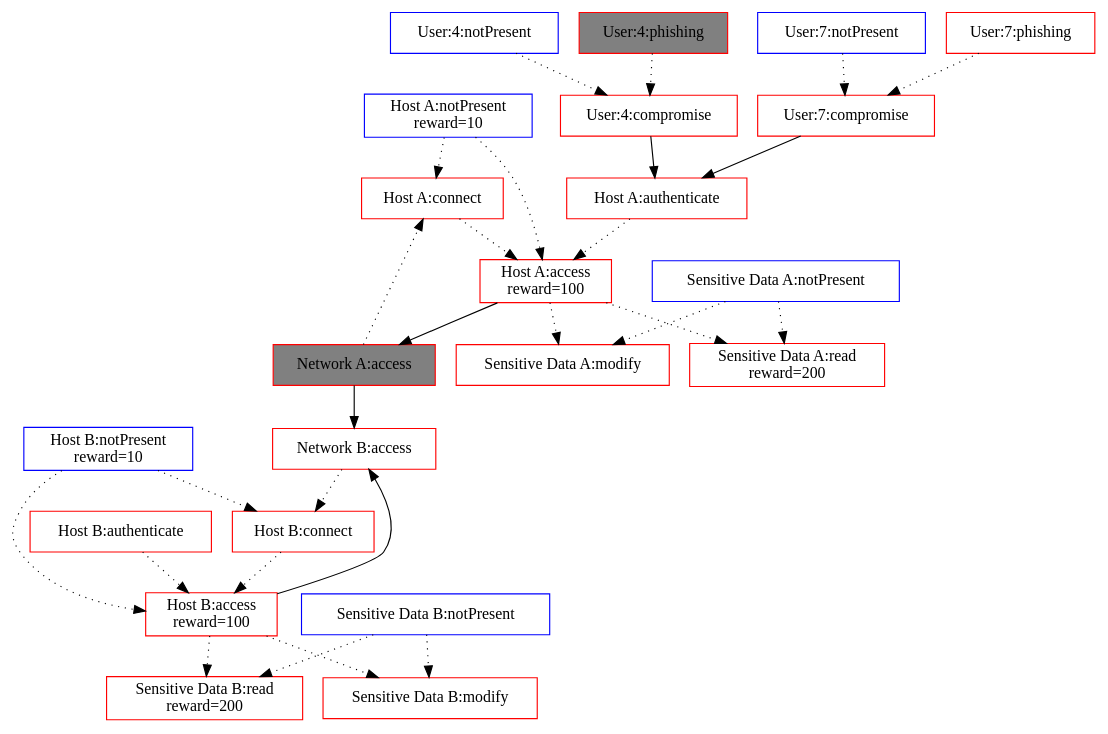
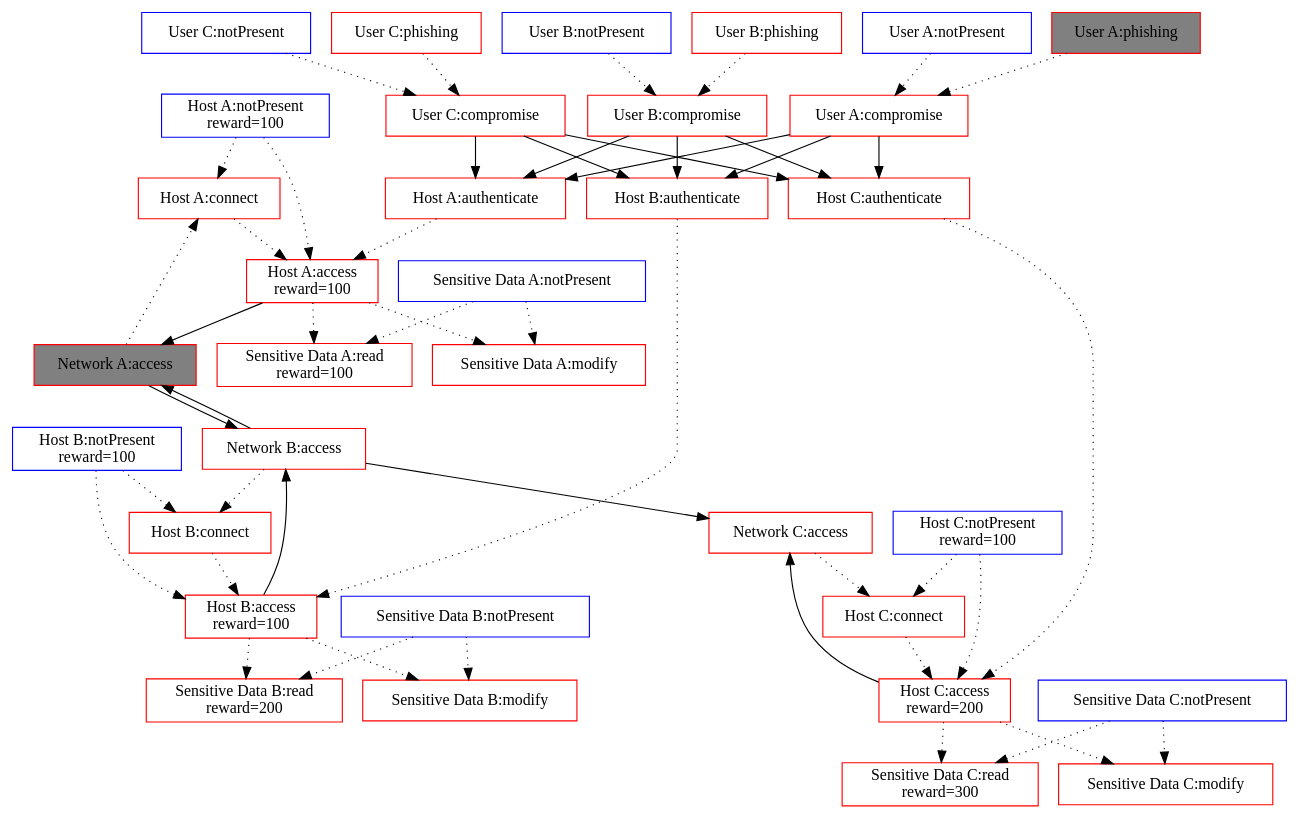
One commit to mal-lang/malsim-scenarios changed the diagram in scenarios/trainingLang/scenario-lateral-movement-three-networks/scenario.dot. Above: the diagram before and after it, drawn with Graphviz. The commit also changed 8 other files, not shown here.

```diff
--- a/scenarios/trainingLang/scenario-lateral-movement-three-networks/scenario.dot
+++ b/scenarios/trainingLang/scenario-lateral-movement-three-networks/scenario.dot
@@ -1,66 +1,62 @@
 digraph G {
-"Host A:notPresent" [label="Host A:notPresent
- reward=10", shape="box", color="blue", fillcolor="white", style="filled"]
-
-"Host A:authenticate" [label="Host A:authenticate", shape="box", color="red", fillcolor="white", style="filled"]
-"User:4:compromise" -> "Host A:authenticate" [style="solid"]
-"User:7:compromise" -> "Host A:authenticate" [style="solid"]
-"Host A:connect" [label="Host A:connect", shape="box", color="red", fillcolor="white", style="filled"]
-"Host A:notPresent" -> "Host A:connect" [style="dotted"]
+"Host A:notPresent" [label="Host A:notPresent\n reward=100", shape="box", color="blue", fillcolor="white", style="filled"]
+"Host A:authenticate" [label="Host A:authenticate", shape="box", color="red", fillcolor="white", style="filled"]"User A:compromise" -> "Host A:authenticate" [style="solid"]
+"User B:compromise" -> "Host A:authenticate" [style="solid"]
+"User C:compromise" -> "Host A:authenticate" [style="solid"]
+"Host A:connect" [label="Host A:connect", shape="box", color="red", fillcolor="white", style="filled"]"Host A:notPresent" -> "Host A:connect" [style="dotted"]
 "Network A:access" -> "Host A:connect" [style="dotted"]
-"Host A:access" [label="Host A:access
- reward=100", shape="box", color="red", fillcolor="white", style="filled"]
-"Host A:notPresent" -> "Host A:access" [style="dotted"]
+"Host A:access" [label="Host A:access\n reward=100", shape="box", color="red", fillcolor="white", style="filled"]"Host A:notPresent" -> "Host A:access" [style="dotted"]
 "Host A:authenticate" -> "Host A:access" [style="dotted"]
 "Host A:connect" -> "Host A:access" [style="dotted"]
-"Host B:notPresent" [label="Host B:notPresent
- reward=10", shape="box", color="blue", fillcolor="white", style="filled"]
-
-"Host B:authenticate" [label="Host B:authenticate", shape="box", color="red", fillcolor="white", style="filled"]
-
-"Host B:connect" [label="Host B:connect", shape="box", color="red", fillcolor="white", style="filled"]
-"Host B:notPresent" -> "Host B:connect" [style="dotted"]
+"Host B:notPresent" [label="Host B:notPresent\n reward=100", shape="box", color="blue", fillcolor="white", style="filled"]
+"Host B:authenticate" [label="Host B:authenticate", shape="box", color="red", fillcolor="white", style="filled"]"User A:compromise" -> "Host B:authenticate" [style="solid"]
+"User B:compromise" -> "Host B:authenticate" [style="solid"]
+"User C:compromise" -> "Host B:authenticate" [style="solid"]
+"Host B:connect" [label="Host B:connect", shape="box", color="red", fillcolor="white", style="filled"]"Host B:notPresent" -> "Host B:connect" [style="dotted"]
 "Network B:access" -> "Host B:connect" [style="dotted"]
-"Host B:access" [label="Host B:access
- reward=100", shape="box", color="red", fillcolor="white", style="filled"]
-"Host B:notPresent" -> "Host B:access" [style="dotted"]
+"Host B:access" [label="Host B:access\n reward=100", shape="box", color="red", fillcolor="white", style="filled"]"Host B:notPresent" -> "Host B:access" [style="dotted"]
 "Host B:authenticate" -> "Host B:access" [style="dotted"]
 "Host B:connect" -> "Host B:access" [style="dotted"]
+"Host C:notPresent" [label="Host C:notPresent\n reward=100", shape="box", color="blue", fillcolor="white", style="filled"]
+"Host C:authenticate" [label="Host C:authenticate", shape="box", color="red", fillcolor="white", style="filled"]"User A:compromise" -> "Host C:authenticate" [style="solid"]
+"User B:compromise" -> "Host C:authenticate" [style="solid"]
+"User C:compromise" -> "Host C:authenticate" [style="solid"]
+"Host C:connect" [label="Host C:connect", shape="box", color="red", fillcolor="white", style="filled"]"Host C:notPresent" -> "Host C:connect" [style="dotted"]
+"Network C:access" -> "Host C:connect" [style="dotted"]
+"Host C:access" [label="Host C:access\n reward=200", shape="box", color="red", fillcolor="white", style="filled"]"Host C:notPresent" -> "Host C:access" [style="dotted"]
+"Host C:authenticate" -> "Host C:access" [style="dotted"]
+"Host C:connect" -> "Host C:access" [style="dotted"]
 "Sensitive Data A:notPresent" [label="Sensitive Data A:notPresent", shape="box", color="blue", fillcolor="white", style="filled"]
-
-"Sensitive Data A:read" [label="Sensitive Data A:read
- reward=200", shape="box", color="red", fillcolor="white", style="filled"]
-"Host A:access" -> "Sensitive Data A:read" [style="dotted"]
+"Sensitive Data A:read" [label="Sensitive Data A:read\n reward=100", shape="box", color="red", fillcolor="white", style="filled"]"Host A:access" -> "Sensitive Data A:read" [style="dotted"]
 "Sensitive Data A:notPresent" -> "Sensitive Data A:read" [style="dotted"]
-"Sensitive Data A:modify" [label="Sensitive Data A:modify", shape="box", color="red", fillcolor="white", style="filled"]
-"Host A:access" -> "Sensitive Data A:modify" [style="dotted"]
+"Sensitive Data A:modify" [label="Sensitive Data A:modify", shape="box", color="red", fillcolor="white", style="filled"]"Host A:access" -> "Sensitive Data A:modify" [style="dotted"]
 "Sensitive Data A:notPresent" -> "Sensitive Data A:modify" [style="dotted"]
 "Sensitive Data B:notPresent" [label="Sensitive Data B:notPresent", shape="box", color="blue", fillcolor="white", style="filled"]
-
-"Sensitive Data B:read" [label="Sensitive Data B:read
- reward=200", shape="box", color="red", fillcolor="white", style="filled"]
-"Host B:access" -> "Sensitive Data B:read" [style="dotted"]
+"Sensitive Data B:read" [label="Sensitive Data B:read\n reward=200", shape="box", color="red", fillcolor="white", style="filled"]"Host B:access" -> "Sensitive Data B:read" [style="dotted"]
 "Sensitive Data B:notPresent" -> "Sensitive Data B:read" [style="dotted"]
-"Sensitive Data B:modify" [label="Sensitive Data B:modify", shape="box", color="red", fillcolor="white", style="filled"]
-"Host B:access" -> "Sensitive Data B:modify" [style="dotted"]
+"Sensitive Data B:modify" [label="Sensitive Data B:modify", shape="box", color="red", fillcolor="white", style="filled"]"Host B:access" -> "Sensitive Data B:modify" [style="dotted"]
 "Sensitive Data B:notPresent" -> "Sensitive Data B:modify" [style="dotted"]
-"User:4:notPresent" [label="User:4:notPresent", shape="box", color="blue", fillcolor="white", style="filled"]
-
-"User:4:compromise" [label="User:4:compromise", shape="box", color="red", fillcolor="white", style="filled"]
-"User:4:notPresent" -> "User:4:compromise" [style="dotted"]
-"User:4:phishing" -> "User:4:compromise" [style="dotted"]
-"User:4:phishing" [label="User:4:phishing", shape="box", color="red", fillcolor="grey", style="filled"]
-
-"Network A:access" [label="Network A:access", shape="box", color="red", fillcolor="grey", style="filled"]
-"Host A:access" -> "Network A:access" [style="solid"]
-"Network B:access" [label="Network B:access", shape="box", color="red", fillcolor="white", style="filled"]
-"Host B:access" -> "Network B:access" [style="solid"]
+"Sensitive Data C:notPresent" [label="Sensitive Data C:notPresent", shape="box", color="blue", fillcolor="white", style="filled"]
+"Sensitive Data C:read" [label="Sensitive Data C:read\n reward=300", shape="box", color="red", fillcolor="white", style="filled"]"Host C:access" -> "Sensitive Data C:read" [style="dotted"]
+"Sensitive Data C:notPresent" -> "Sensitive Data C:read" [style="dotted"]
+"Sensitive Data C:modify" [label="Sensitive Data C:modify", shape="box", color="red", fillcolor="white", style="filled"]"Host C:access" -> "Sensitive Data C:modify" [style="dotted"]
+"Sensitive Data C:notPresent" -> "Sensitive Data C:modify" [style="dotted"]
+"User A:notPresent" [label="User A:notPresent", shape="box", color="blue", fillcolor="white", style="filled"]
+"User A:compromise" [label="User A:compromise", shape="box", color="red", fillcolor="white", style="filled"]"User A:notPresent" -> "User A:compromise" [style="dotted"]
+"User A:phishing" -> "User A:compromise" [style="dotted"]
+"User A:phishing" [label="User A:phishing", shape="box", color="red", fillcolor="grey", style="filled"]
+"User B:notPresent" [label="User B:notPresent", shape="box", color="blue", fillcolor="white", style="filled"]
+"User B:compromise" [label="User B:compromise", shape="box", color="red", fillcolor="white", style="filled"]"User B:notPresent" -> "User B:compromise" [style="dotted"]
+"User B:phishing" -> "User B:compromise" [style="dotted"]
+"User B:phishing" [label="User B:phishing", shape="box", color="red", fillcolor="white", style="filled"]
+"User C:notPresent" [label="User C:notPresent", shape="box", color="blue", fillcolor="white", style="filled"]
+"User C:compromise" [label="User C:compromise", shape="box", color="red", fillcolor="white", style="filled"]"User C:notPresent" -> "User C:compromise" [style="dotted"]
+"User C:phishing" -> "User C:compromise" [style="dotted"]
+"User C:phishing" [label="User C:phishing", shape="box", color="red", fillcolor="white", style="filled"]
+"Network A:access" [label="Network A:access", shape="box", color="red", fillcolor="grey", style="filled"]"Host A:access" -> "Network A:access" [style="solid"]
+"Network B:access" -> "Network A:access" [style="solid"]
+"Network B:access" [label="Network B:access", shape="box", color="red", fillcolor="white", style="filled"]"Host B:access" -> "Network B:access" [style="solid"]
 "Network A:access" -> "Network B:access" [style="solid"]
-"User:7:notPresent" [label="User:7:notPresent", shape="box", color="blue", fillcolor="white", style="filled"]
-
-"User:7:compromise" [label="User:7:compromise", shape="box", color="red", fillcolor="white", style="filled"]
-"User:7:notPresent" -> "User:7:compromise" [style="dotted"]
-"User:7:phishing" -> "User:7:compromise" [style="dotted"]
-"User:7:phishing" [label="User:7:phishing", shape="box", color="red", fillcolor="white", style="filled"]
-
+"Network C:access" [label="Network C:access", shape="box", color="red", fillcolor="white", style="filled"]"Host C:access" -> "Network C:access" [style="solid"]
+"Network B:access" -> "Network C:access" [style="solid"]
 }
```
